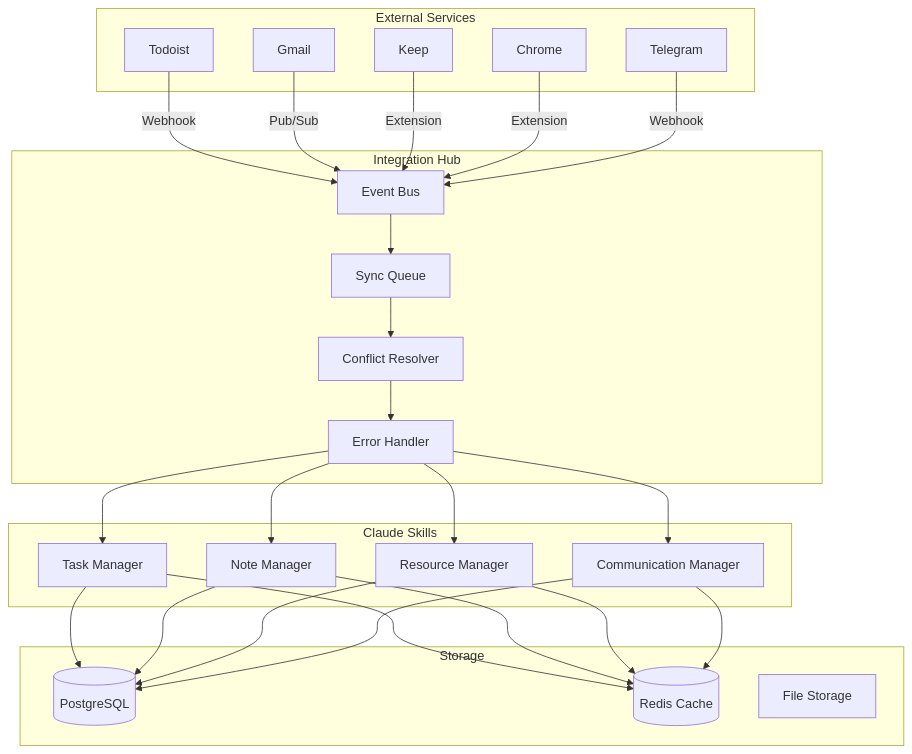
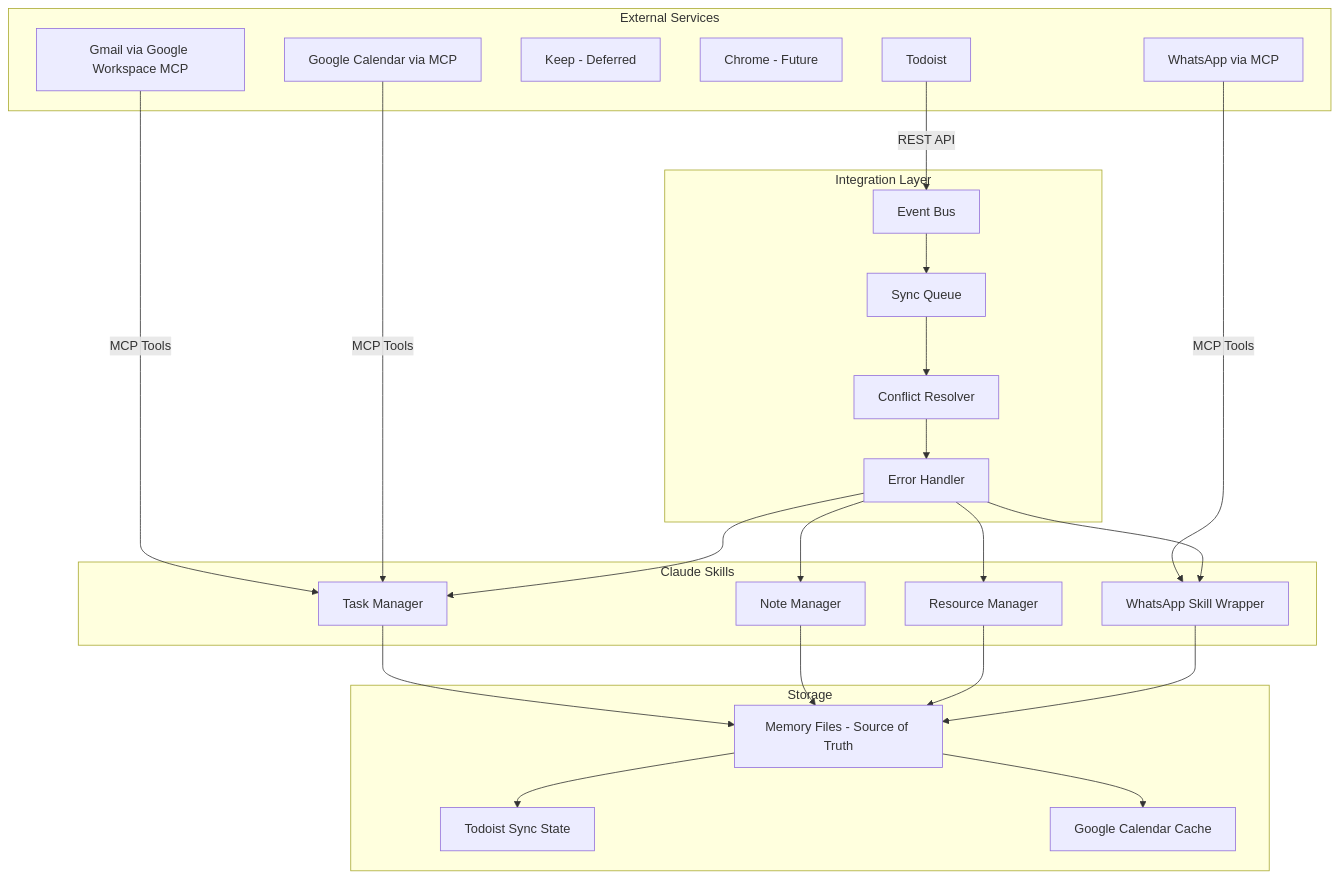
Before and after one commit to natea/ExoMind: diagram 16 of 25 in docs/integrations/data-flow-diagrams.md, drawn with Mermaid. The commit also changed other lines of this file and 172 other files, not shown here.

````diff
--- a/docs/integrations/data-flow-diagrams.md
+++ b/docs/integrations/data-flow-diagrams.md
@@ -389,55 +429,53 @@
 ```mermaid
 graph TB
     subgraph External Services
         A[Todoist]
-        B[Gmail]
-        C[Keep]
-        D[Chrome]
-        E[Telegram]
+        B[Gmail via Google Workspace MCP]
+        C[Keep - Deferred]
+        D[Chrome - Future]
+        E[WhatsApp via MCP]
+        F[Google Calendar via MCP]
     end
 
-    subgraph Integration Hub
-        F[Event Bus]
-        G[Sync Queue]
-        H[Conflict Resolver]
-        I[Error Handler]
+    subgraph Integration Layer
+        G[Event Bus]
+        H[Sync Queue]
+        I[Conflict Resolver]
+        J[Error Handler]
     end
 
     subgraph Claude Skills
-        J[Task Manager]
-        K[Note Manager]
-        L[Resource Manager]
-        M[Communication Manager]
+        K[Task Manager]
+        L[Note Manager]
+        M[Resource Manager]
+        N[WhatsApp Skill Wrapper]
     end
 
     subgraph Storage
-        N[(PostgreSQL)]
-        O[(Redis Cache)]
-        P[File Storage]
+        O[Memory Files - Source of Truth]
+        P[Todoist Sync State]
+        Q[Google Calendar Cache]
     end
 
-    A -->|Webhook| F
-    B -->|Pub/Sub| F
-    C -->|Extension| F
-    D -->|Extension| F
-    E -->|Webhook| F
+    A -->|REST API| G
+    B -->|MCP Tools| K
+    E -->|MCP Tools| N
+    F -->|MCP Tools| K
 
-    F --> G
     G --> H
     H --> I
+    I --> J
 
-    I --> J
-    I --> K
-    I --> L
-    I --> M
+    J --> K
+    J --> L
+    J --> M
+    J --> N
 
-    J --> N
-    K --> N
-    L --> N
-    M --> N
-
-    J --> O
     K --> O
     L --> O
     M --> O
+    N --> O
+
+    O --> P
+    O --> Q
 ```
````
